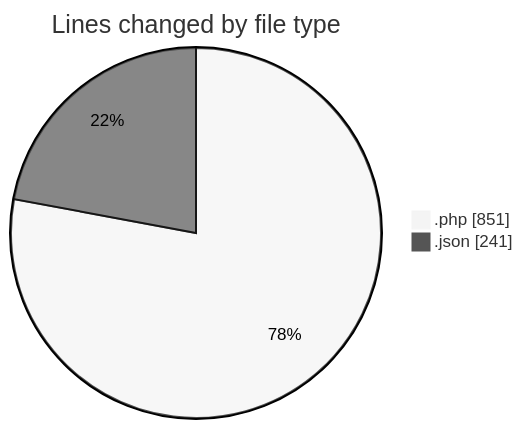
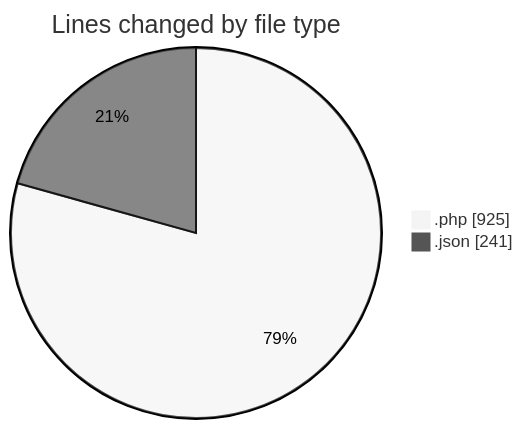
One commit to idhammustaqopulfikri/code-tracking changed the first of 2 diagrams in 2025-03-28/autodidak/README.md. Above: the diagram before and after it, drawn with Mermaid (neutral theme). The commit also changed other lines of this file and 1 other file, not shown here.

````diff
--- a/2025-03-28/autodidak/README.md
+++ b/2025-03-28/autodidak/README.md
@@ -27,6 +27,6 @@
 ```mermaid
 pie showData
 title Lines changed by file type
-".php" : 851
+".php" : 925
 ".json" : 241
 ```
````
